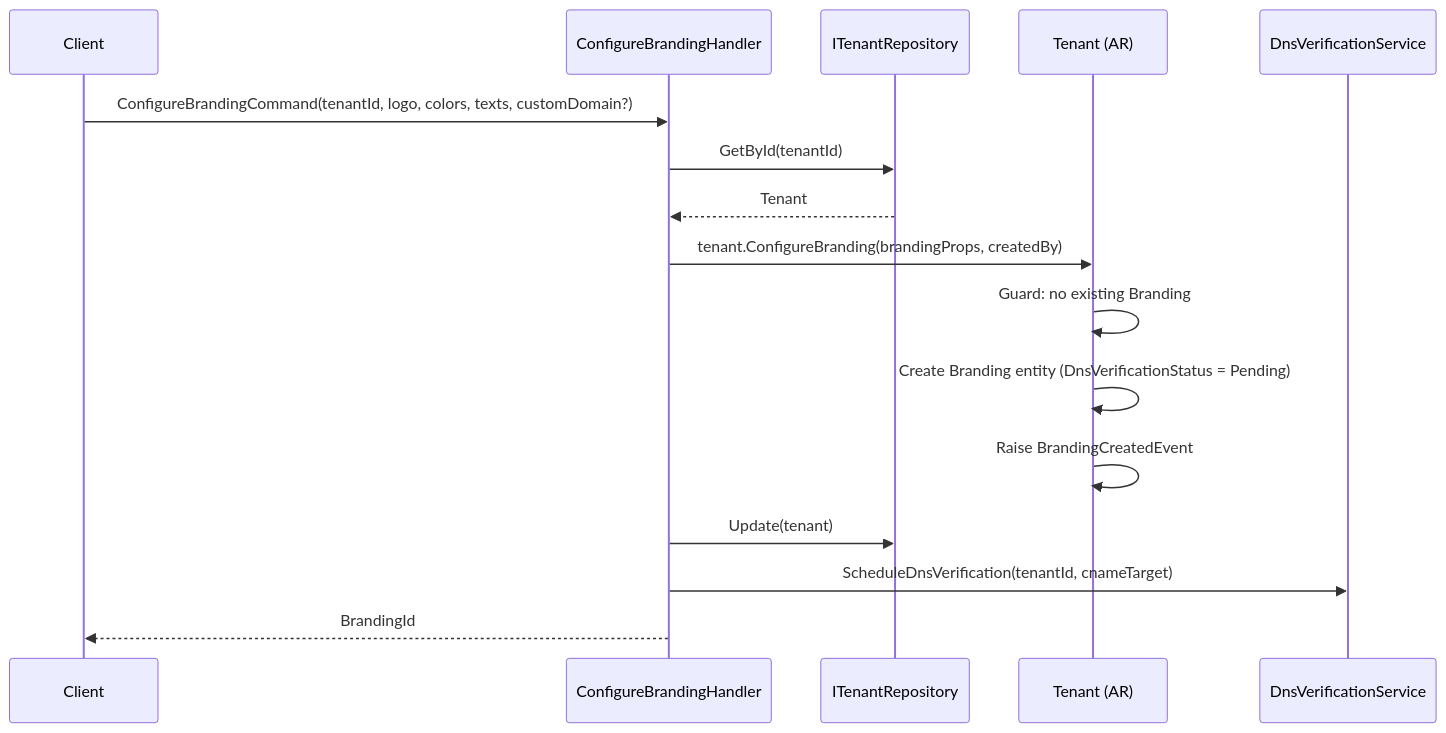
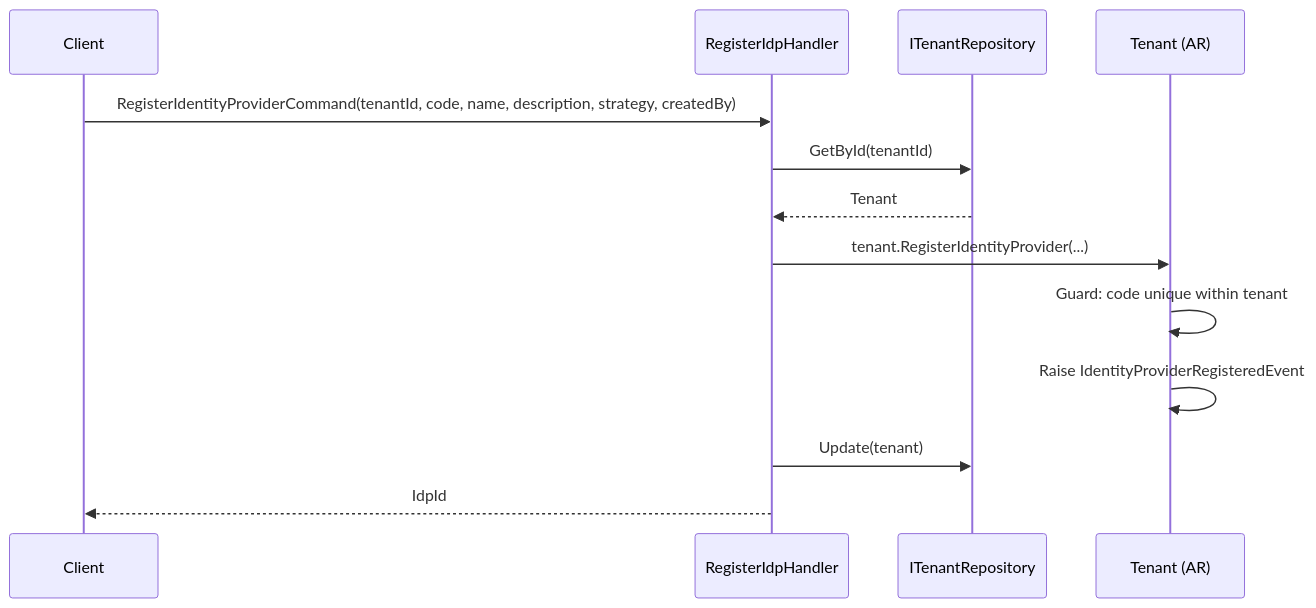
Before and after one commit to beyondnetcode/ums: the fourth of 6 diagrams in docs/domain/identity/tenant.md, drawn with Mermaid. The commit also changed other lines of this file and 19 other files, not shown here.

````diff
--- a/docs/domain/identity/tenant.md
+++ b/docs/domain/identity/tenant.md
@@ -202,19 +225,16 @@
 ```mermaid
 sequenceDiagram
     participant C as Client
-    participant H as ConfigureBrandingHandler
+    participant H as RegisterIdpHandler
     participant R as ITenantRepository
     participant T as Tenant (AR)
-    participant DNS as DnsVerificationService
 
-    C->>H: ConfigureBrandingCommand(tenantId, logo, colors, texts, customDomain?)
+    C->>H: RegisterIdentityProviderCommand(tenantId, code, name, description, strategy, createdBy)
     H->>R: GetById(tenantId)
     R-->>H: Tenant
-    H->>T: tenant.ConfigureBranding(brandingProps, createdBy)
-    T->>T: Guard: no existing Branding
-    T->>T: Create Branding entity (DnsVerificationStatus = Pending)
-    T->>T: Raise BrandingCreatedEvent
+    H->>T: tenant.RegisterIdentityProvider(...)
+    T->>T: Guard: code unique within tenant
+    T->>T: Raise IdentityProviderRegisteredEvent
     H->>R: Update(tenant)
-    H->>DNS: ScheduleDnsVerification(tenantId, cnameTarget)
-    H-->>C: BrandingId
+    H-->>C: IdpId
 ```
````
